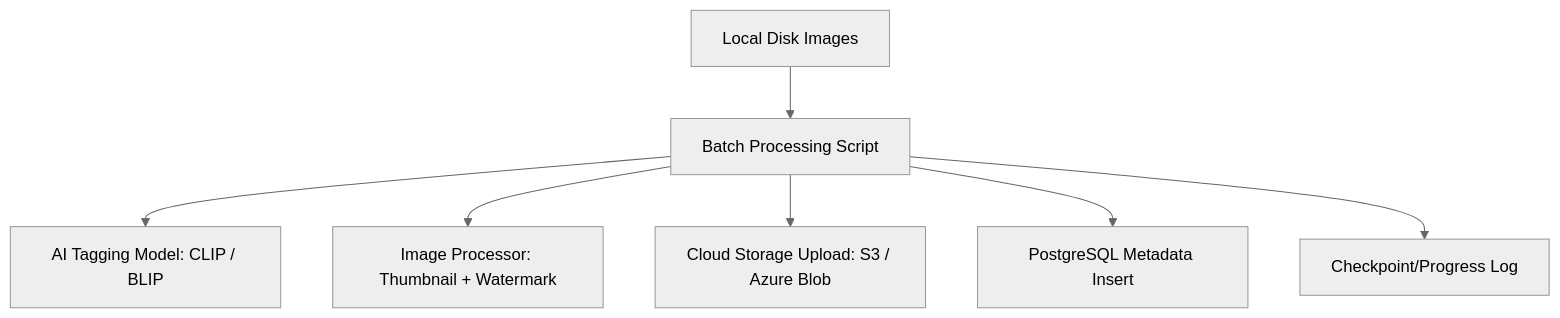
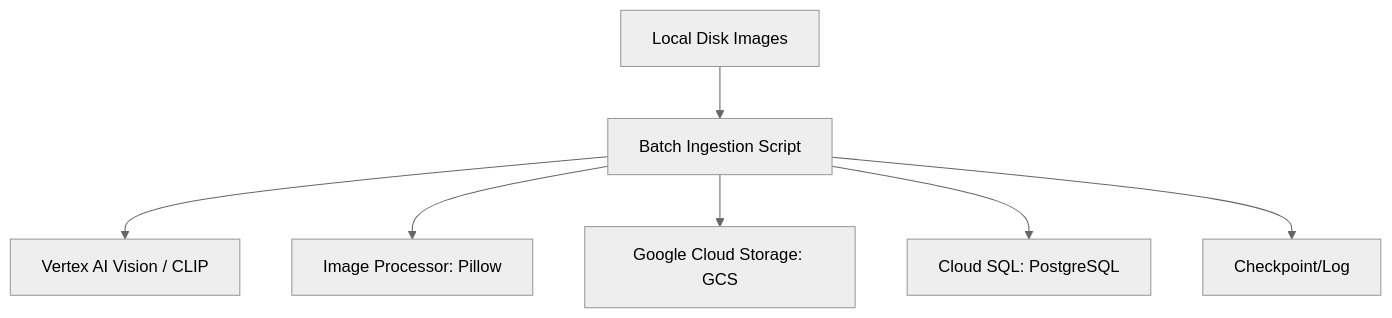
The diagram in BATCH_INGESTION_WORKFLOW.md (Sensation-Software-Solutions-pvt-ltd/Shutterstock), drawn with Mermaid (neutral theme) before and after one commit. The commit also changed other lines of this file and 4 other files, not shown here.

Commit message:
docs: migrate entire architecture to Google Cloud Platform (GCP)

````diff
--- a/BATCH_INGESTION_WORKFLOW.md
+++ b/BATCH_INGESTION_WORKFLOW.md
@@ -11,9 +9,9 @@
 ```mermaid
 graph TD
-    A[Local Disk Images] --> B[Batch Processing Script]
-    B --> C[AI Tagging Model: CLIP / BLIP]
-    B --> D[Image Processor: Thumbnail + Watermark]
-    B --> E[Cloud Storage Upload: S3 / Azure Blob]
-    B --> F[PostgreSQL Metadata Insert]
-    B --> G[Checkpoint/Progress Log]
+    A[Local Disk Images] --> B[Batch Ingestion Script]
+    B --> C[Vertex AI Vision / CLIP]
+    B --> D[Image Processor: Pillow]
+    B --> E[Google Cloud Storage: GCS]
+    B --> F[Cloud SQL: PostgreSQL]
+    B --> G[Checkpoint/Log]
 ```
````
